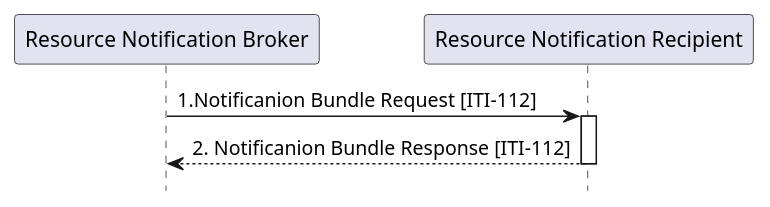
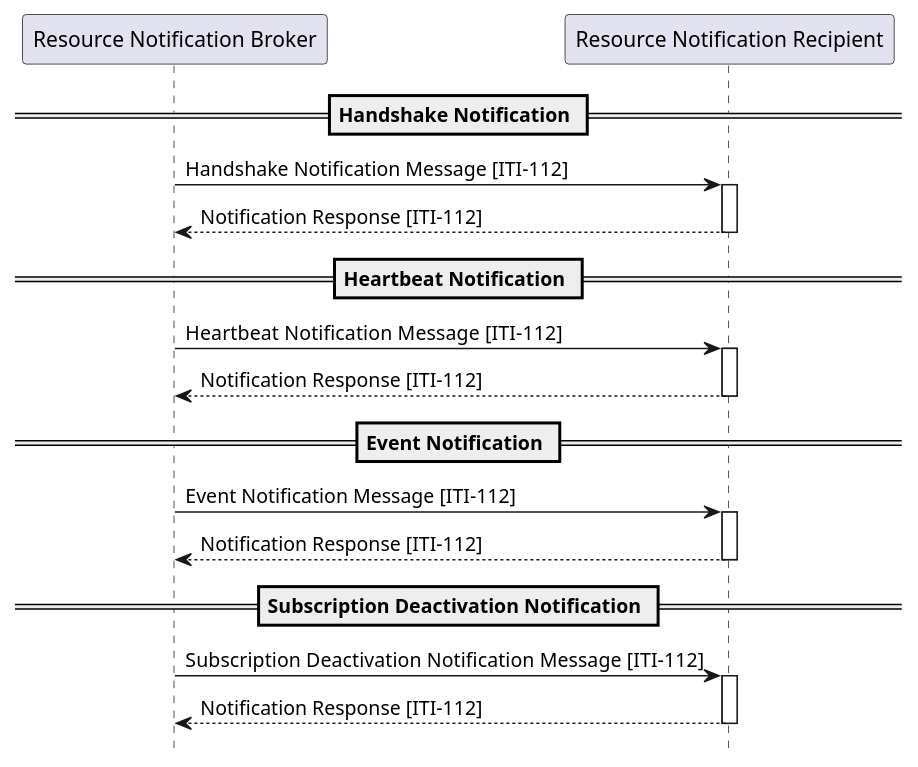
One commit to IHE/ITI.DSUBm changed the diagram in input/images-source/ITI-112-Notification-seq.plantuml. Above: the diagram before and after it, drawn with PlantUML. The commit also changed 6 other files, not shown here.

```diff
--- a/input/images-source/ITI-112-Notification-seq.plantuml
+++ b/input/images-source/ITI-112-Notification-seq.plantuml
@@ -1,13 +1,31 @@
 @startuml
 hide footbox
 
 participant "Resource Notification Broker" as  Broker
 participant "Resource Notification Recipient" as  Recipient
 
+== Handshake Notification ==
+Broker -> Recipient :  Handshake Notification Message [ITI-112]
+activate Recipient
+Recipient --> Broker :  Notification Response [ITI-112]
+deactivate Recipient
 
-Broker -> Recipient : 1.Notificanion Bundle Request [ITI-112]
+== Heartbeat Notification ==
+Broker -> Recipient :  Heartbeat Notification Message  [ITI-112]
 activate Recipient
-Recipient --> Broker : 2. Notificanion Bundle Response [ITI-112]
+Recipient --> Broker :  Notification Response [ITI-112]
+deactivate Recipient
+
+== Event Notification ==
+Broker -> Recipient :  Event Notification Message [ITI-112]
+activate Recipient
+Recipient --> Broker :  Notification Response [ITI-112]
+deactivate Recipient
+
+== Subscription Deactivation Notification ==
+Broker -> Recipient :  Subscription Deactivation Notification Message  [ITI-112]
+activate Recipient
+Recipient --> Broker :  Notification Response [ITI-112]
 deactivate Recipient
 
 @enduml
```
